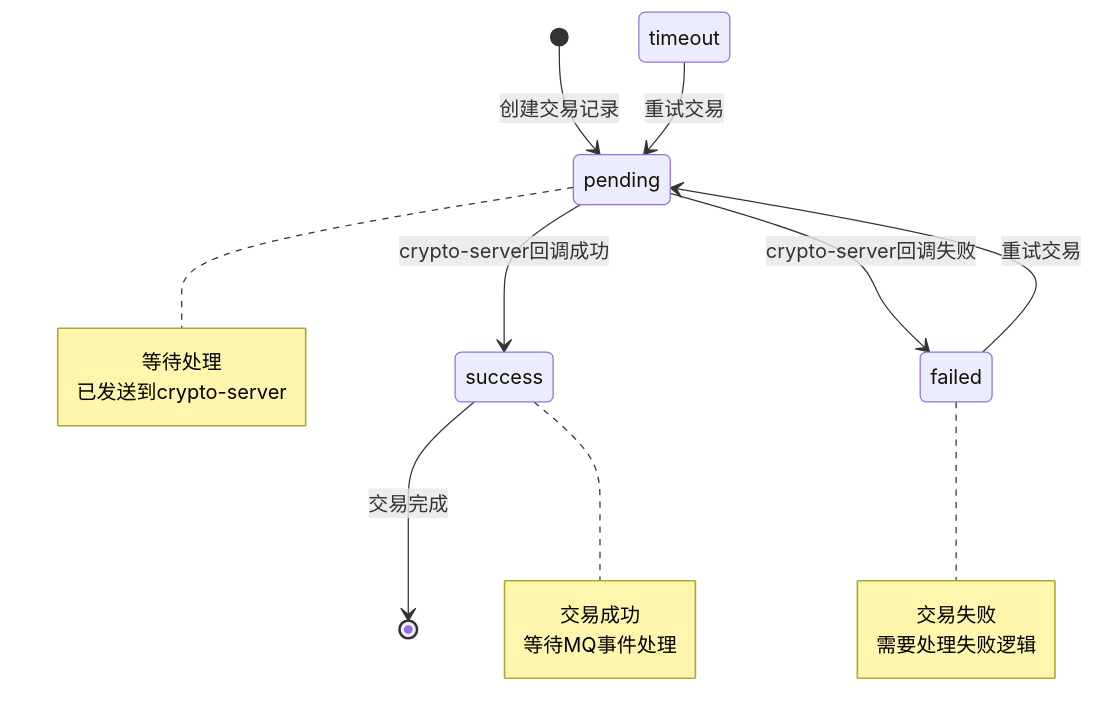
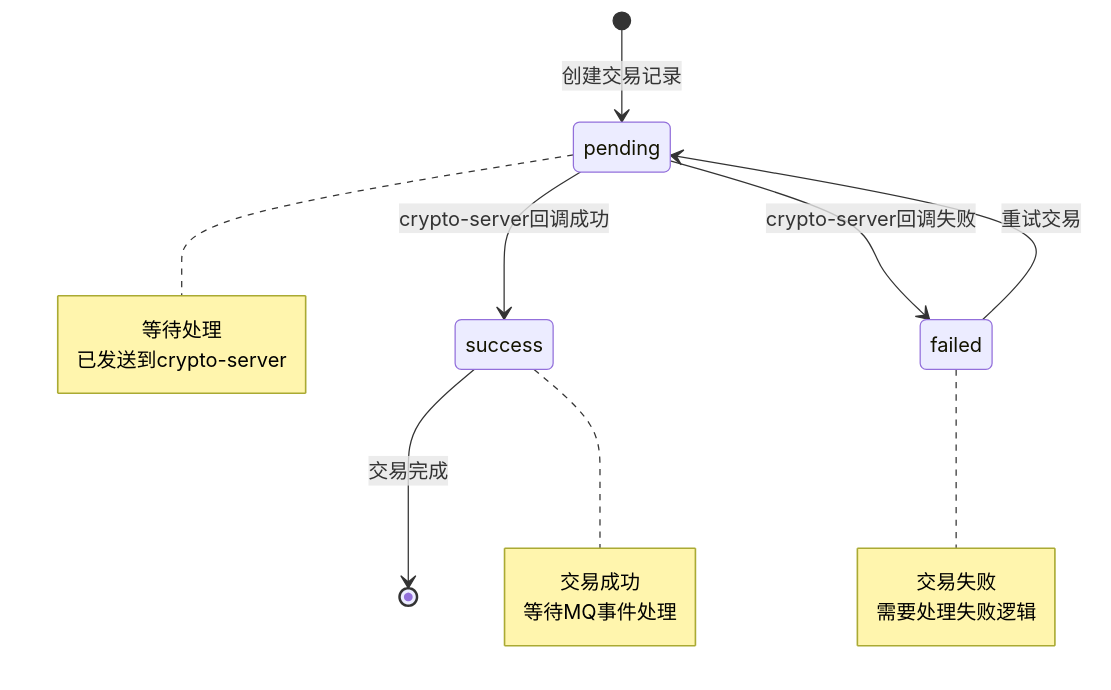
Before and after one commit to yingjianzh/iodraw-files: the diagram in all/未命名-77.md, drawn with Mermaid.

Commit message:
2025-07-08 11:22:50 update

````diff
--- a/all/未命名-77.md
+++ b/all/未命名-77.md
@@ -1,28 +1,27 @@
 ```mermaid
 stateDiagram-v2
     [*] --> pending: 创建交易记录
     pending --> success: crypto-server回调成功
     pending --> failed: crypto-server回调失败
     
     failed --> pending: 重试交易
-    timeout --> pending: 重试交易
     
     success --> [*]: 交易完成
     
     note right of pending
         等待处理
         已发送到crypto-server
     end note
     
     note right of success
         交易成功
         等待MQ事件处理
     end note
     
     note right of failed
         交易失败
         需要处理失败逻辑
     end note
     
    
 ```
````
